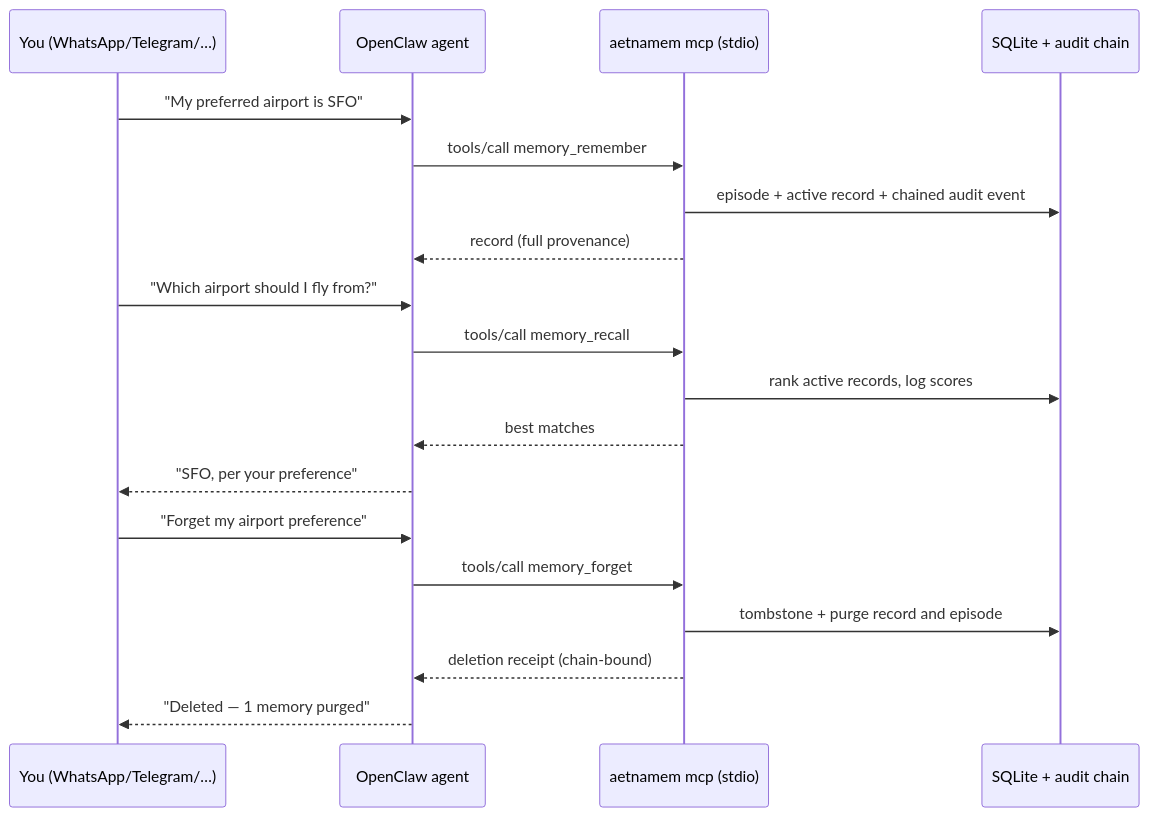
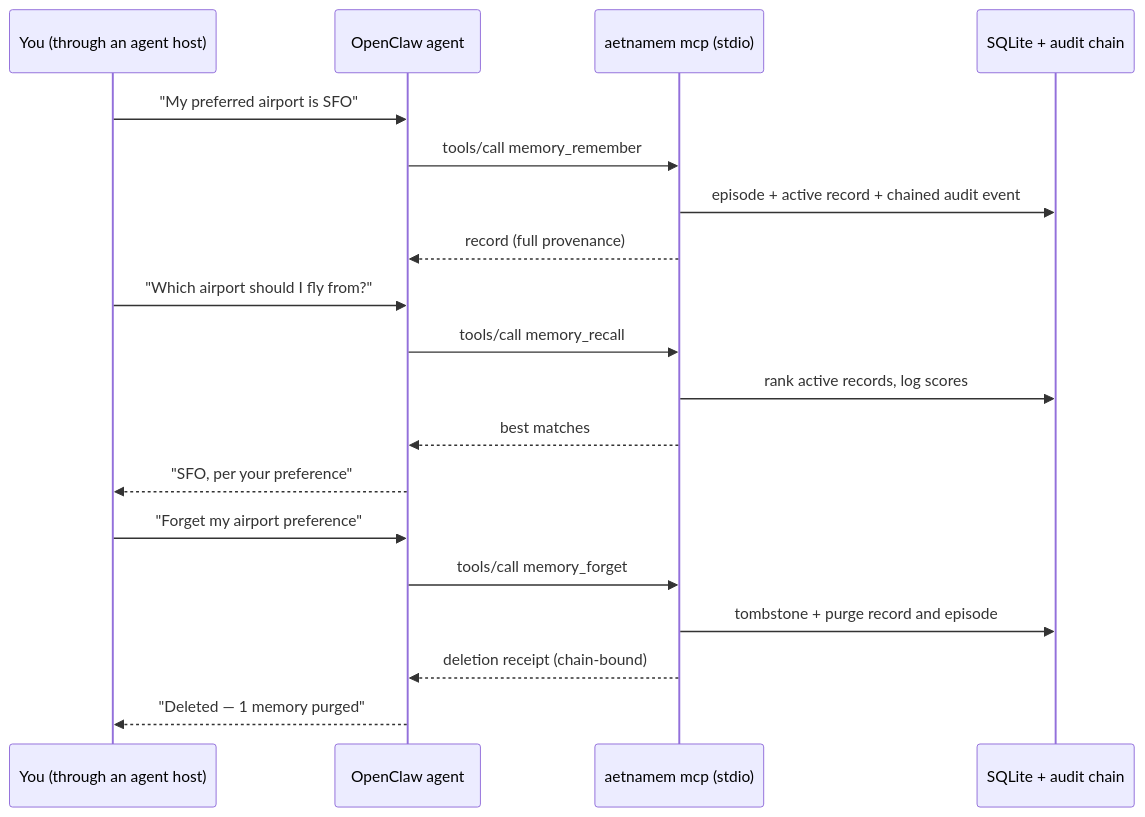
The second of 4 diagrams in docs/openclaw-setup.md (aetna000/aetnamem), drawn with Mermaid before and after one commit. The commit also changed 2 other files, not shown here.

Commit message:
Define provider-neutral channels and outbound architecture

````diff
--- a/docs/openclaw-setup.md
+++ b/docs/openclaw-setup.md
@@ -48,24 +48,24 @@
 ```mermaid
 sequenceDiagram
-    participant U as You (WhatsApp/Telegram/…)
+    participant U as You (through an agent host)
     participant O as OpenClaw agent
     participant M as aetnamem mcp (stdio)
     participant DB as SQLite + audit chain
 
     U->>O: "My preferred airport is SFO"
     O->>M: tools/call memory_remember
     M->>DB: episode + active record + chained audit event
     M-->>O: record (full provenance)
 
     U->>O: "Which airport should I fly from?"
     O->>M: tools/call memory_recall
     M->>DB: rank active records, log scores
     M-->>O: best matches
     O-->>U: "SFO, per your preference"
 
     U->>O: "Forget my airport preference"
     O->>M: tools/call memory_forget
     M->>DB: tombstone + purge record and episode
     M-->>O: deletion receipt (chain-bound)
     O-->>U: "Deleted — 1 memory purged"
 ```
````
